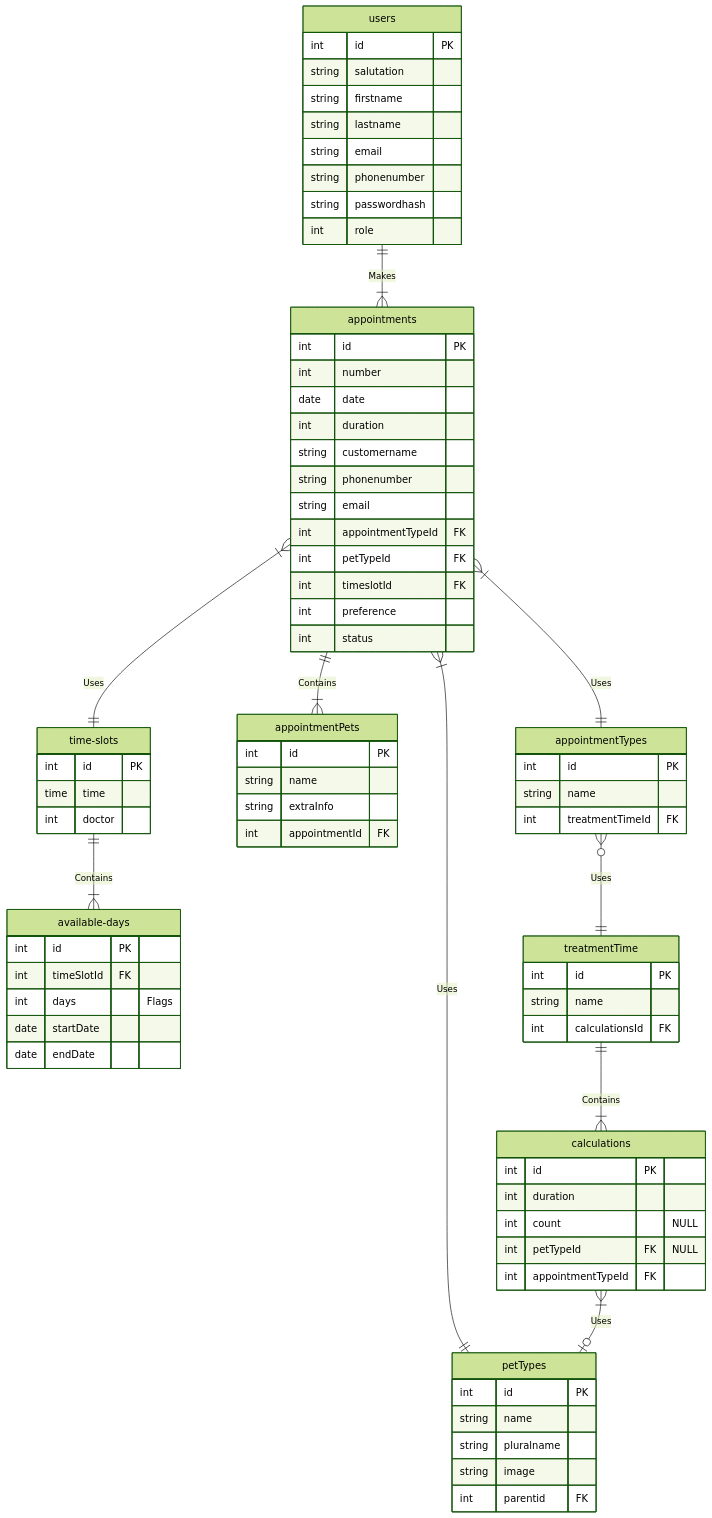
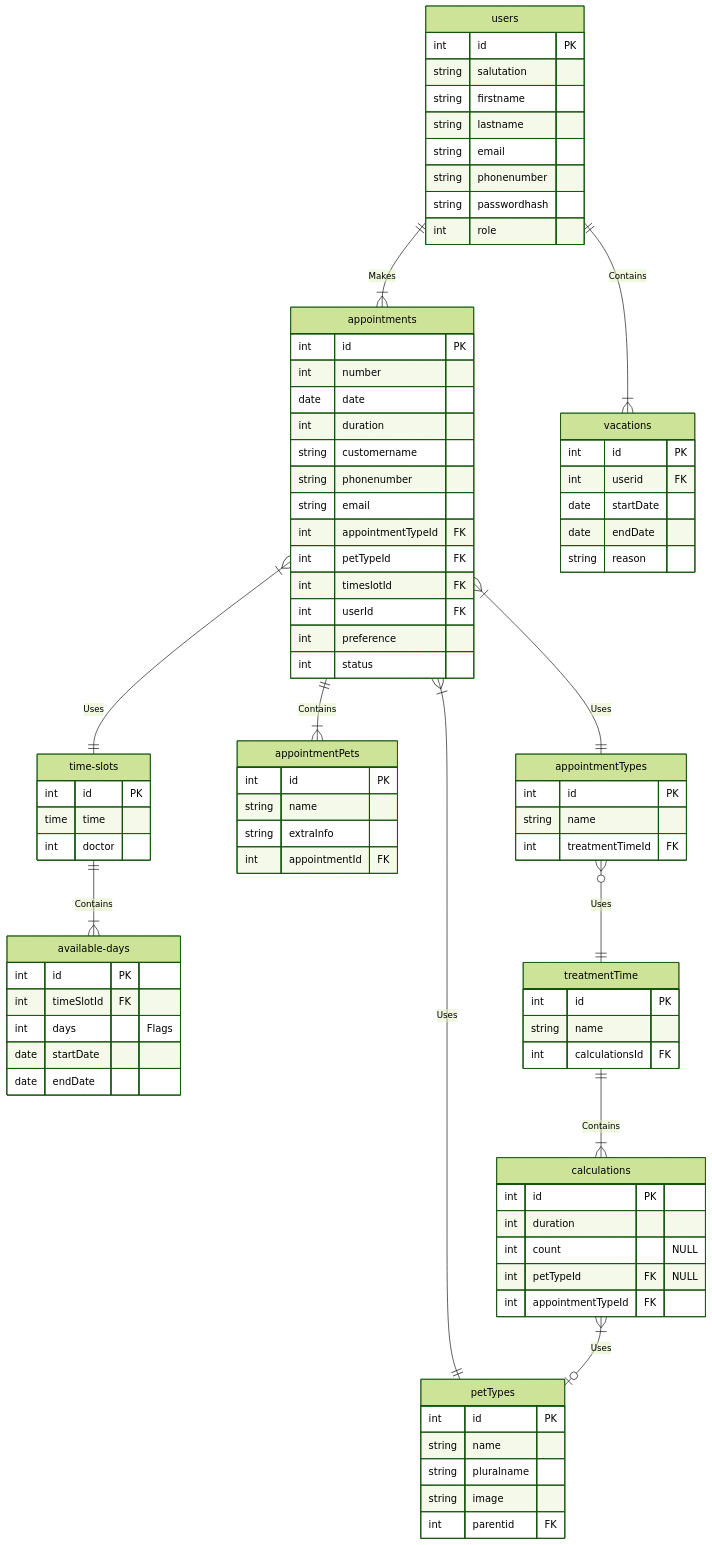
Before and after one commit to Educom-Trainees/educom-dierenartsen: the diagram in BackendASP/Designs/mermaiderd.md, drawn with Mermaid (forest theme). The commit also changed 9 other files, not shown here.

Commit message:
Added start to user and vacation implementation

```diff
--- a/BackendASP/Designs/mermaiderd.md
+++ b/BackendASP/Designs/mermaiderd.md
@@ -15,6 +15,7 @@
         int appointmentTypeId      FK
         int petTypeId              FK       
         int timeslotId FK
+        int userId FK
         int preference 
         int status
     }    
@@ -44,6 +45,7 @@
     }
 
     users ||--|{ appointments : Makes
+    users ||--|{ vacations : Contains
     users {
         int    id                PK
         string salutation
@@ -53,6 +55,14 @@
         string phonenumber
         string passwordhash
         int role
+    }
+
+    vacations {
+        int id PK
+        int userid FK
+        date startDate
+        date endDate
+        string reason
     }
 
     appointmentPets {
```
